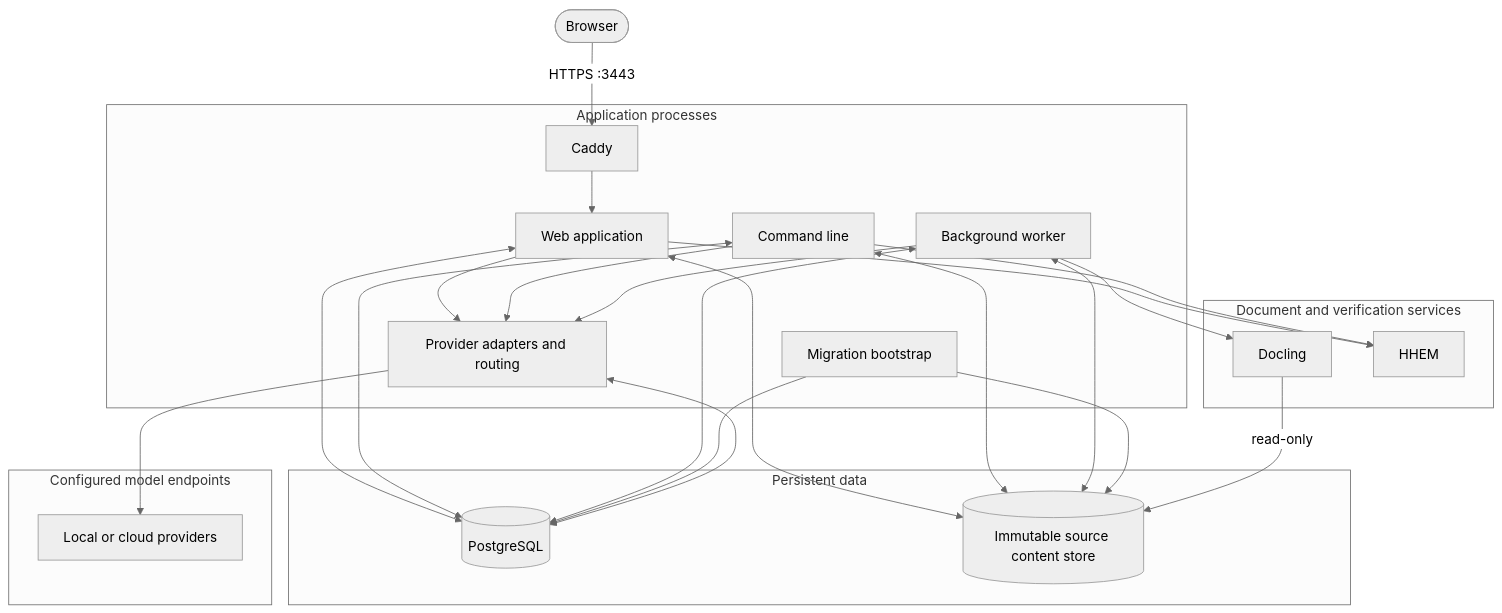
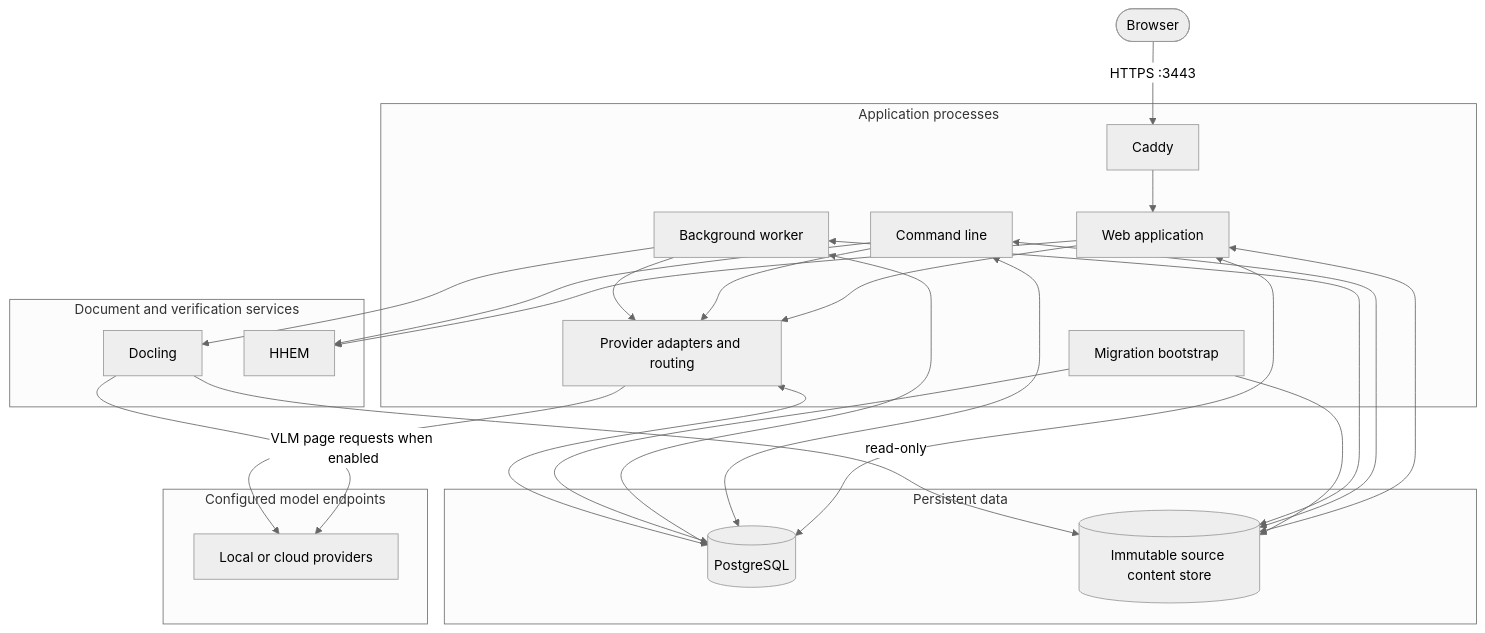
The first of 4 diagrams in docs/architecture.md (sageil/citeloom), drawn with Mermaid (neutral theme) before and after one commit. The commit also changed other lines of this file and 60 other files, not shown here.

````diff
--- a/docs/architecture.md
+++ b/docs/architecture.md
@@ -34,47 +34,48 @@
 ```mermaid
 flowchart TB
     Browser([Browser]) -->|HTTPS :3443| Caddy[Caddy]
 
     subgraph Application[Application processes]
         Caddy --> Web[Web application]
         CLI[Command line]
         Worker[Background worker]
         Migrate[Migration bootstrap]
         Router[Provider adapters and routing]
     end
 
     subgraph Data[Persistent data]
         Database[(PostgreSQL)]
         Sources[(Immutable source content store)]
     end
 
     subgraph Conversion[Document and verification services]
         Docling[Docling]
         HHEM[HHEM]
     end
 
     subgraph Models[Configured model endpoints]
         Endpoints[Local or cloud providers]
     end
 
     Web <--> Database
     CLI <--> Database
     Worker <--> Database
     Migrate --> Database
 
     Web <--> Sources
     CLI <--> Sources
     Worker <--> Sources
     Migrate --> Sources
     Docling -->|read-only| Sources
     Worker --> Docling
+    Docling -->|VLM page requests when enabled| Endpoints
 
     Web --> Router
     CLI --> Router
     Worker --> Router
     Router --> Endpoints
     Router <--> Database
 
     Web --> HHEM
     CLI --> HHEM
 ```
````
